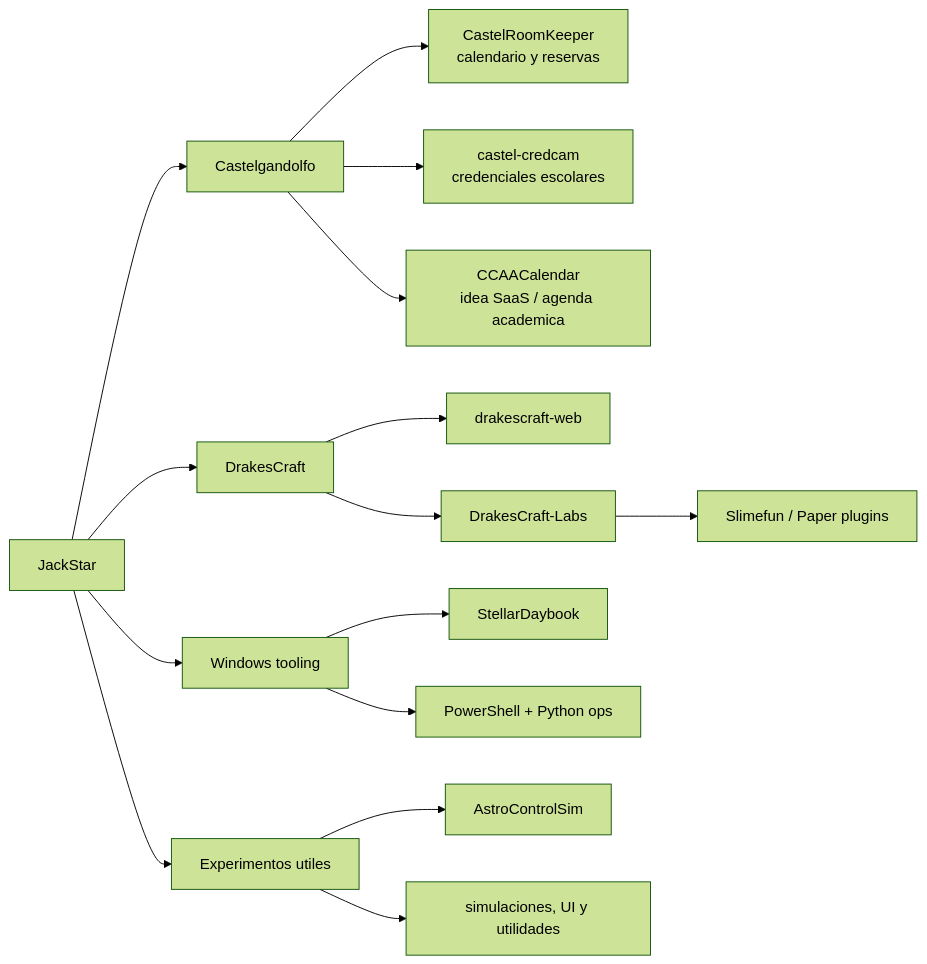
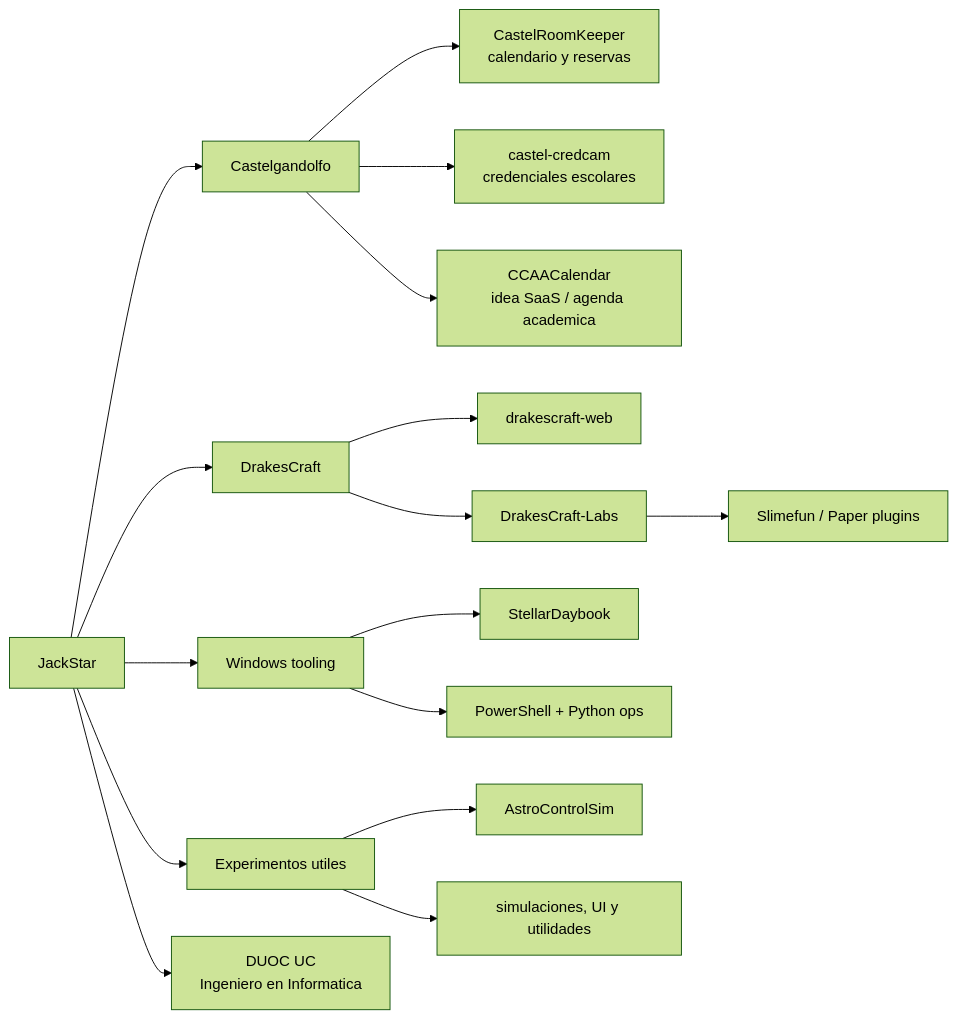
One commit to JackStar6677-1/JackStar6677-1 changed the first of 2 diagrams in README.md. Above: the diagram before and after it, drawn with Mermaid (forest theme). The commit also changed other lines of this file and 1 other file, not shown here.

````diff
--- a/README.md
+++ b/README.md
@@ -30,21 +38,22 @@
 ```mermaid
 flowchart LR
   Jack["JackStar"] --> Castel["Castelgandolfo"]
   Jack --> Drakes["DrakesCraft"]
   Jack --> Local["Windows tooling"]
   Jack --> Labs["Experimentos utiles"]
+  Jack --> Base["DUOC UC<br/>Ingeniero en Informatica"]
 
   Castel --> CRK["CastelRoomKeeper<br/>calendario y reservas"]
   Castel --> CredCam["castel-credcam<br/>credenciales escolares"]
   Castel --> CCAA["CCAACalendar<br/>idea SaaS / agenda academica"]
 
   Drakes --> Web["drakescraft-web"]
   Drakes --> Org["DrakesCraft-Labs"]
   Org --> Plugins["Slimefun / Paper plugins"]
 
   Local --> Daybook["StellarDaybook"]
   Local --> Scripts["PowerShell + Python ops"]
 
   Labs --> Astro["AstroControlSim"]
   Labs --> Tools["simulaciones, UI y utilidades"]
 ```
````
